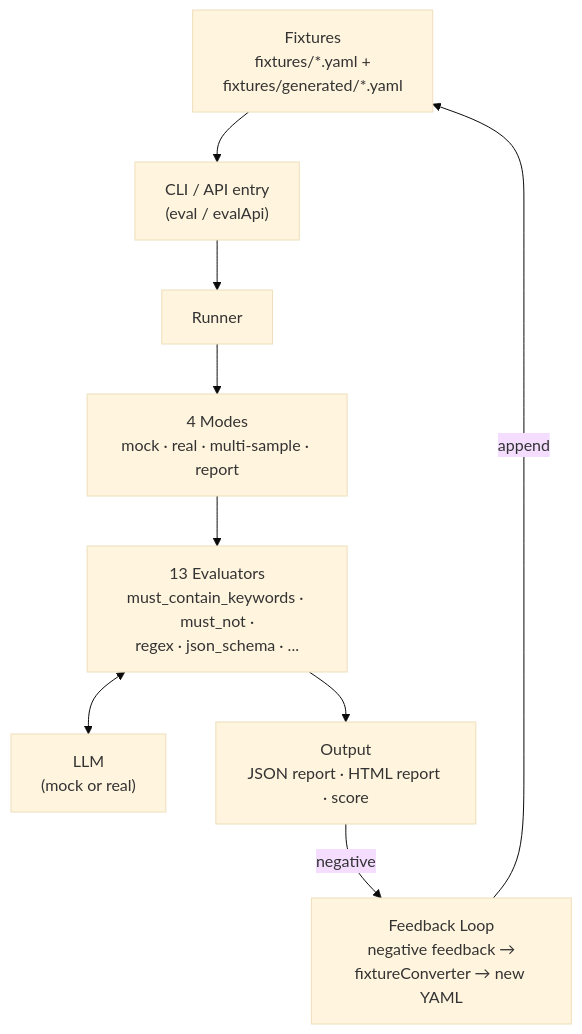
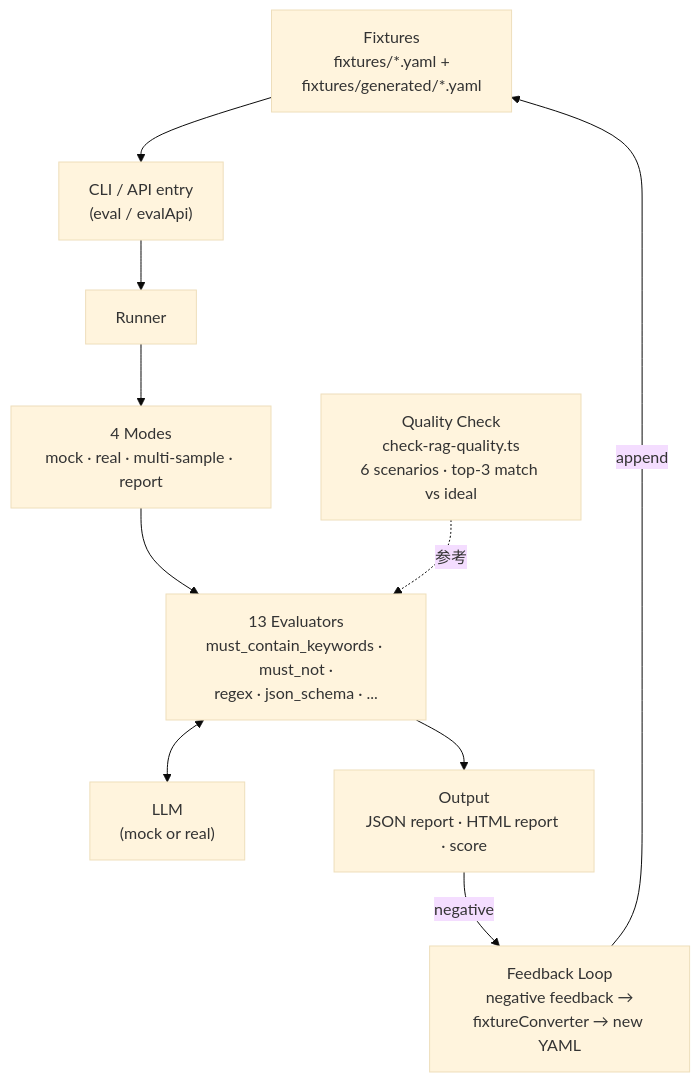
Before and after one commit to wpy2580536181-stack/trip-ai: the fifth of 5 diagrams in docs/architecture-diagrams.md, drawn with Mermaid (base theme). The commit also changed other lines of this file, not shown here.

Commit message:
docs: update architecture diagrams (MCP, Unsplash, Cross-Encoder, local rewriter)

````diff
--- a/docs/architecture-diagrams.md
+++ b/docs/architecture-diagrams.md
@@ -82,18 +136,20 @@
 ```mermaid
 flowchart TB
     FX["Fixtures<br/>fixtures/*.yaml +<br/>fixtures/generated/*.yaml"]
     EN["CLI / API entry<br/>(eval / evalApi)"]
     RUN[Runner]
     MD["4 Modes<br/>mock · real · multi-sample · report"]
     EV["13 Evaluators<br/>must_contain_keywords · must_not ·<br/>regex · json_schema · ..."]
     LLM["LLM<br/>(mock or real)"]
     OUT["Output<br/>JSON report · HTML report · score"]
     FB["Feedback Loop<br/>negative feedback →<br/>fixtureConverter → new YAML"]
+    QCHK["Quality Check<br/>check-rag-quality.ts<br/>6 scenarios · top-3 match vs ideal"]
 
     FX --> EN --> RUN
     RUN --> MD --> EV
     EV <--> LLM
     EV --> OUT
     OUT -->|negative| FB
     FB -->|append| FX
+    QCHK -.->|参考| EV
 ```
````
